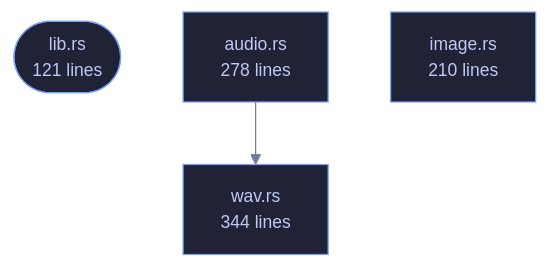
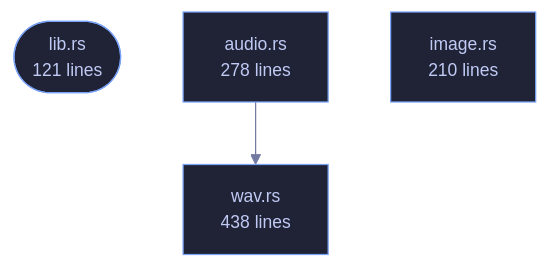
Before and after one commit to tilas01/veilvoice: the diagram in crates/veilvoice-meta/README.md, drawn with Mermaid. The commit also changed other lines of this file and 27 other files, not shown here.

````diff
--- a/crates/veilvoice-meta/README.md
+++ b/crates/veilvoice-meta/README.md
@@ -83,13 +83,13 @@
 ```mermaid
 %%{init: {"theme":"base","themeVariables":{"background":"#1a1b26","primaryColor":"#1f2335","primaryTextColor":"#c0caf5","primaryBorderColor":"#7aa2f7","secondaryColor":"#16161e","tertiaryColor":"#16161e","lineColor":"#737aa2","textColor":"#c0caf5","mainBkg":"#1f2335","nodeBorder":"#7aa2f7","clusterBkg":"#16161e","clusterBorder":"#2f3549","fontFamily":"ui-monospace, SFMono-Regular, Consolas, monospace","fontSize":"14px"}}}%%
 flowchart TD
     n_lib(["lib.rs<br/>121 lines"])
     n_audio["audio.rs<br/>278 lines"]
     n_image["image.rs<br/>210 lines"]
-    n_wav["wav.rs<br/>344 lines"]
+    n_wav["wav.rs<br/>438 lines"]
     n_audio --> n_wav
     click n_lib href "https://github.com/tilas01/veilvoice/blob/main/crates/veilvoice-meta/src/lib.rs" "open the source"
     click n_audio href "https://github.com/tilas01/veilvoice/blob/main/crates/veilvoice-meta/src/audio.rs" "open the source"
     click n_image href "https://github.com/tilas01/veilvoice/blob/main/crates/veilvoice-meta/src/image.rs" "open the source"
     click n_wav href "https://github.com/tilas01/veilvoice/blob/main/crates/veilvoice-meta/src/wav.rs" "open the source"
 ```
````
